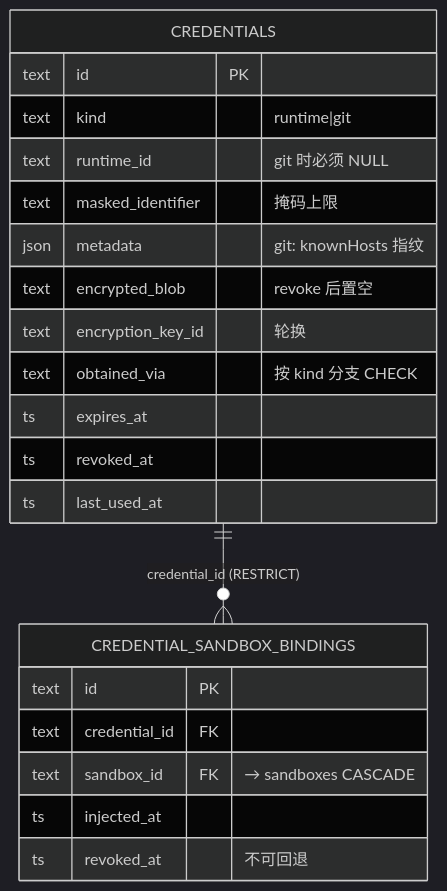
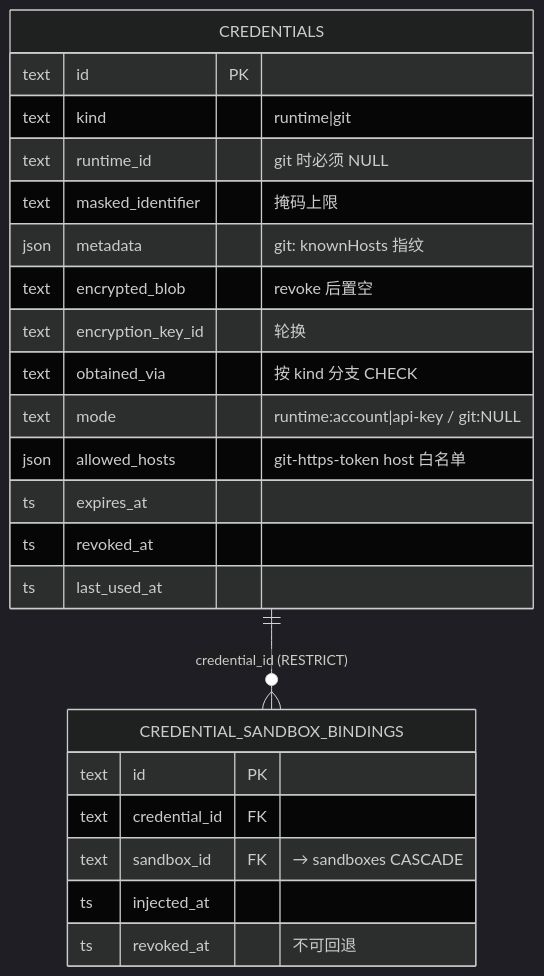
Before and after one commit to Xeonice/cloud-agent-platform-docs: the fifth of 9 diagrams in docs/backend/13-后端数据库设计.md, drawn with Mermaid (dark theme). The commit also changed other lines of this file and 14 other files, not shown here.

````diff
--- a/docs/backend/13-后端数据库设计.md
+++ b/docs/backend/13-后端数据库设计.md
@@ -525,24 +538,26 @@
 ```mermaid
 erDiagram
     CREDENTIALS ||--o{ CREDENTIAL_SANDBOX_BINDINGS : "credential_id (RESTRICT)"
     CREDENTIALS {
         text id PK
         text kind "runtime|git"
         text runtime_id "git 时必须 NULL"
         text masked_identifier "掩码上限"
         json metadata "git: knownHosts 指纹"
         text encrypted_blob "revoke 后置空"
         text encryption_key_id "轮换"
         text obtained_via "按 kind 分支 CHECK"
+        text mode "runtime:account|api-key / git:NULL"
+        json allowed_hosts "git-https-token host 白名单"
         ts expires_at
         ts revoked_at
         ts last_used_at
     }
     CREDENTIAL_SANDBOX_BINDINGS {
         text id PK
         text credential_id FK
         text sandbox_id FK "→ sandboxes CASCADE"
         ts injected_at
         ts revoked_at "不可回退"
     }
 ```
````
